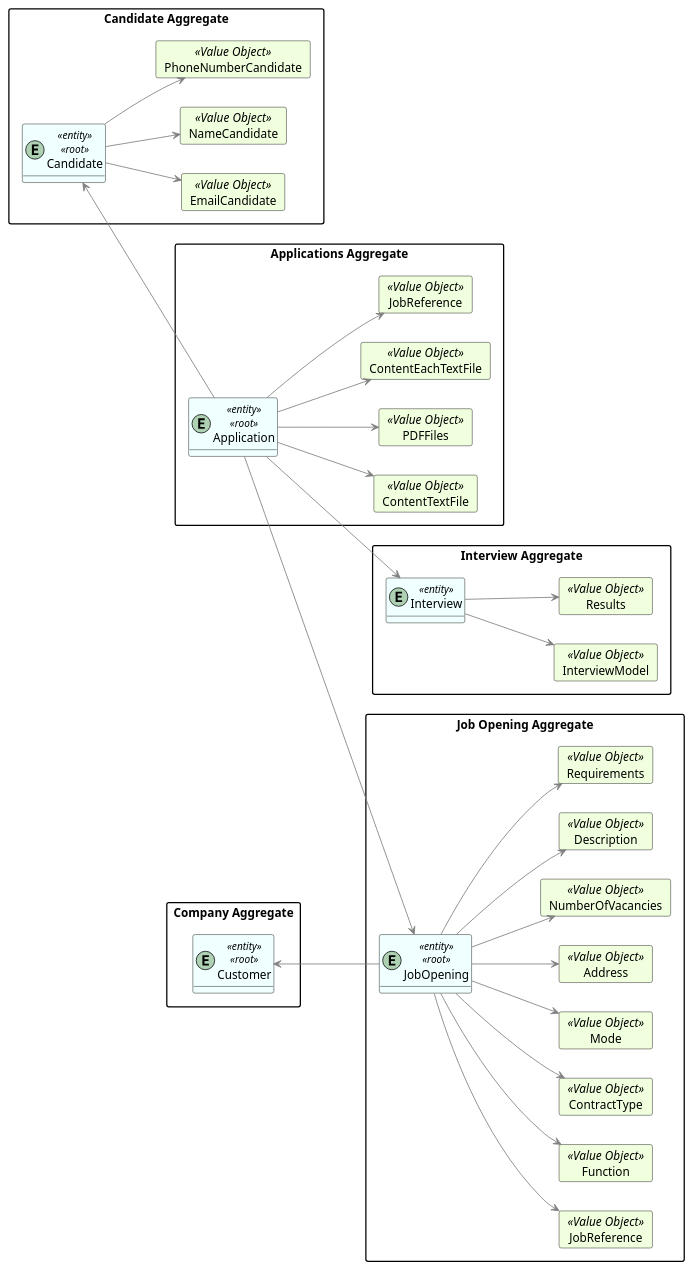
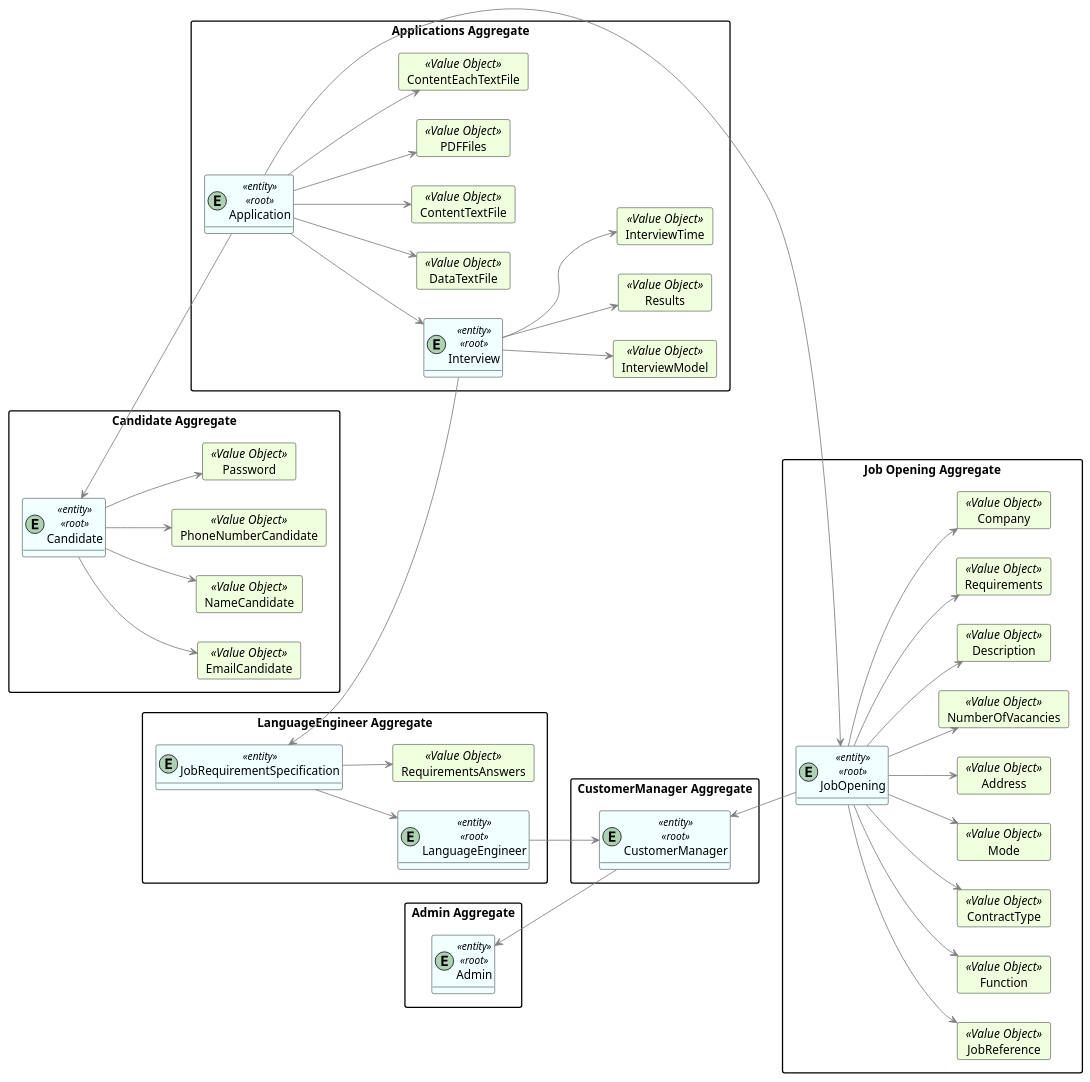
One commit to MiguelCardoso77/LAPR4 changed the diagram in docs/SprintA/G006/domain_model.puml. Above: the diagram before and after it, drawn with PlantUML.

Commit message:
#6 - domain model update

```diff
--- a/docs/SprintA/G006/domain_model.puml
+++ b/docs/SprintA/G006/domain_model.puml
@@ -1,125 +1,167 @@
 @startuml
 hide methods
 left to right direction
 
 skinparam classAttributeIconSize 0
 
 skinparam class {
     LifeLineBorderColor DarkBlue
     LifeLineBackgroundColor APPLICATION
     BackgroundColor #F0FFFF
     ArrowColor grey
     BorderColor black
 }
 
 skinparam packageStyle rectangle
 
 skinparam card {
     LifeLineBorderColor Green
     LifeLineBackgroundColor APPLICATION
     BackgroundColor #F0FFDD
     ArrowColor DarkGrey
     BorderColor Black
 }
 
 package "Candidate Aggregate" {
     entity Candidate <<entity>><<root>>
         card EmailCandidate <<Value Object>> {
             }
         card NameCandidate <<Value Object>> {
             }
         card PhoneNumberCandidate <<Value Object>> {
             }
+        card Password <<Value Object>> {
+        }
+
 'Candidate value objects
     Candidate --> EmailCandidate
     Candidate --> NameCandidate
     Candidate --> PhoneNumberCandidate
+        Candidate --> Password
+
 }
 
-package "Company Aggregate" {
-    entity Customer <<entity>><<root>>
+package "CustomerManager Aggregate" {
+    entity CustomerManager <<entity>><<root>>
 
 
 
-'Customer value objects
+'CustomerManager value objects
+
+
+}
+
+package "LanguageEngineer Aggregate" {
+    entity LanguageEngineer <<entity>><<root>>
+
+    entity JobRequirementSpecification <<entity>>
+
+    card RequirementsAnswers <<Value Object>> {
+                        }
+
+    JobRequirementSpecification --> RequirementsAnswers
+
+
+
+'LanguageEngineer value objects
 
 
 }
 
 package "Applications Aggregate" {
     entity Application <<entity>><<root>>
 'Applications value objects
+        card DataTextFile <<Value Object>> {
+                    }
         card ContentTextFile <<Value Object>>{
             }
         card PDFFiles <<Value Object>>{
             }
         card ContentEachTextFile <<Value Object>> {
             }
-        card JobReference <<Value Object>> {
-            }
 
 
 
-
-    Application --> ContentTextFile
-    Application --> PDFFiles
-    Application --> ContentEachTextFile
-    Application --> JobReference
-
-
-
-
-}
-
-package "Interview Aggregate"{
-
-    entity Interview <<entity>>
+    entity Interview <<entity>><<root>>
 'Interview value objects
 
     card InterviewModel <<Value Object>> {
     }
 
     card Results <<Value Object>> {
         }
 
-Interview --> InterviewModel
-Interview --> Results
+    card InterviewTime <<Value Object>> {
+           }
+    Application --> DataTextFile
+    Interview --> InterviewModel
+    Interview --> Results
+    Interview --> InterviewTime
+
+    Application --> ContentTextFile
+    Application --> PDFFiles
+    Application --> ContentEachTextFile
+
+
+
+
 
 }
+
+
+
+package "Admin Aggregate" {
+    entity Admin <<entity>><<root>>
+
+
+
+
+}
+
+
 package "Job Opening Aggregate" {
     entity JobOpening <<entity>><<root>>
 'Job Opening value objects
         card JobReference <<Value Object>> {
             }
         card Function <<Value Object>> {
             }
         card ContractType <<Value Object>> {
             }
         card Mode <<Value Object>> {
             }
         card Address <<Value Object>> {
             }
         card NumberOfVacancies <<Value Object>> {
             }
         card Description <<Value Object>> {
             }
         card Requirements <<Value Object>> {
             }
+        card Company <<Value Object>> {
+                    }
+
 
 
         JobOpening --> JobReference
         JobOpening --> Function
         JobOpening --> ContractType
         JobOpening --> Mode
         JobOpening --> Address
         JobOpening --> NumberOfVacancies
         JobOpening --> Description
         JobOpening --> Requirements
+        JobOpening --> Company
+
 }
 
 Candidate <-- Application
-Customer <-- JobOpening
+CustomerManager <-- JobOpening
 Application --> JobOpening
 Application --> Interview
+Admin <-- CustomerManager
+LanguageEngineer --> CustomerManager
+JobRequirementSpecification <-- Interview
+JobRequirementSpecification --> LanguageEngineer
 
 @enduml
```
